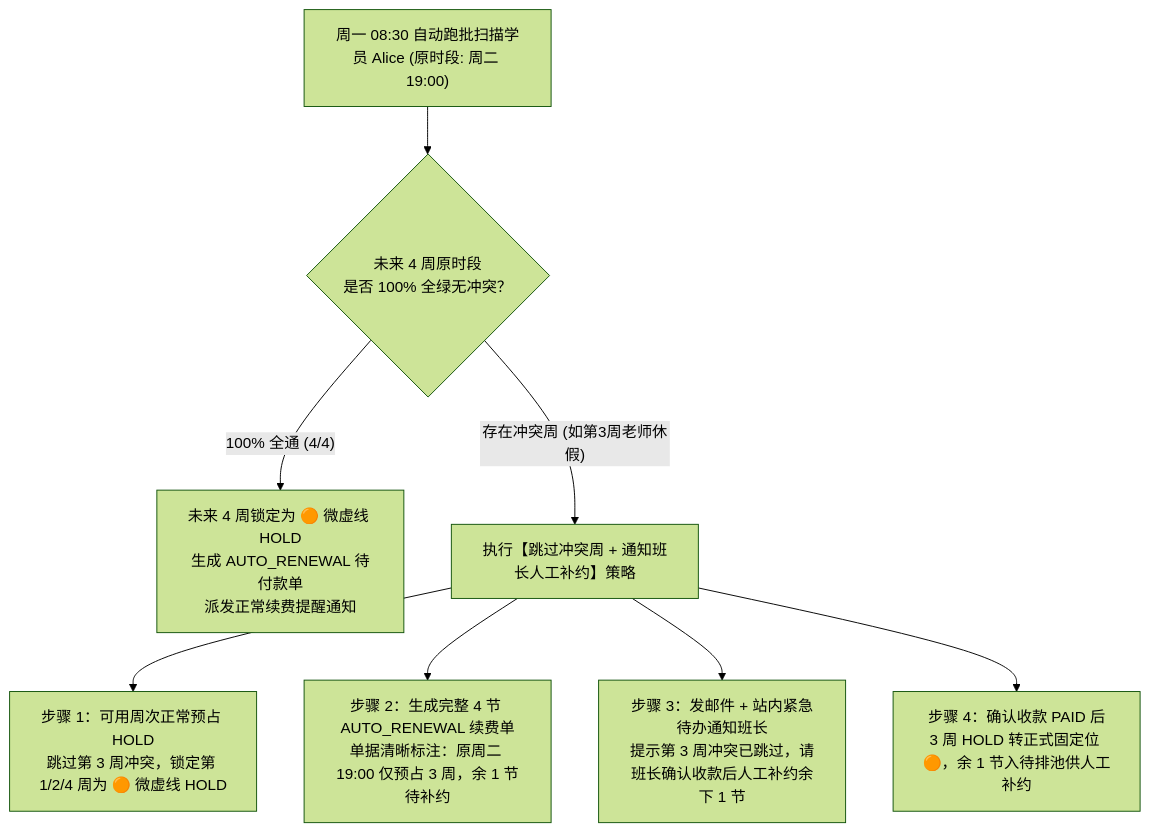
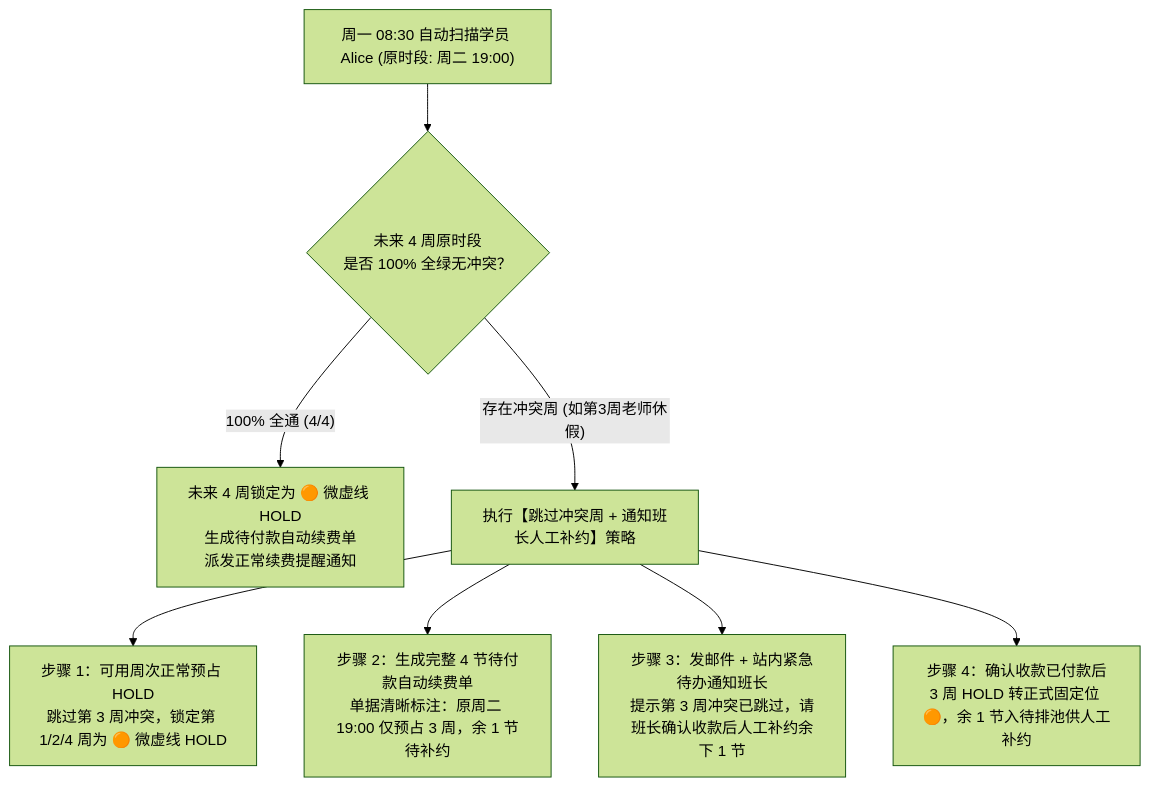
One commit to Onezao/dream changed the diagram in docs/prd/m3d_course_scheduling.md. Above: the diagram before and after it, drawn with Mermaid (forest theme). The commit also changed other lines of this file and 38 other files, not shown here.

````diff
--- a/docs/prd/m3d_course_scheduling.md
+++ b/docs/prd/m3d_course_scheduling.md
@@ -222,13 +218,13 @@
 ```mermaid
 flowchart TD
-    Run["周一 08:30 自动跑批扫描学员 Alice (原时段: 周二 19:00)"] --> Check{"未来 4 周原时段<br>是否 100% 全绿无冲突？"}
+    Run["周一 08:30 自动扫描学员 Alice (原时段: 周二 19:00)"] --> Check{"未来 4 周原时段<br>是否 100% 全绿无冲突？"}
     
-    Check -- "100% 全通 (4/4)" --> Normal["未来 4 周锁定为 🟠 微虚线 HOLD<br>生成 AUTO_RENEWAL 待付款单<br>派发正常续费提醒通知"]
+    Check -- "100% 全通 (4/4)" --> Normal["未来 4 周锁定为 🟠 微虚线 HOLD<br>生成待付款自动续费单<br>派发正常续费提醒通知"]
     
     Check -- "存在冲突周 (如第3周老师休假)" --> Skip["执行【跳过冲突周 + 通知班长人工补约】策略"]
     
     Skip --> S1["步骤 1：可用周次正常预占 HOLD<br>跳过第 3 周冲突，锁定第 1/2/4 周为 🟠 微虚线 HOLD"]
-    Skip --> S2["步骤 2：生成完整 4 节 AUTO_RENEWAL 续费单<br>单据清晰标注：原周二 19:00 仅预占 3 周，余 1 节待补约"]
+    Skip --> S2["步骤 2：生成完整 4 节待付款自动续费单<br>单据清晰标注：原周二 19:00 仅预占 3 周，余 1 节待补约"]
     Skip --> S3["步骤 3：发邮件 + 站内紧急待办通知班长<br>提示第 3 周冲突已跳过，请班长确认收款后人工补约余下 1 节"]
-    Skip --> S4["步骤 4：确认收款 PAID 后<br>3 周 HOLD 转正式固定位 🟠，余 1 节入待排池供人工补约"]
+    Skip --> S4["步骤 4：确认收款已付款后<br>3 周 HOLD 转正式固定位 🟠，余 1 节入待排池供人工补约"]
 ```
````
